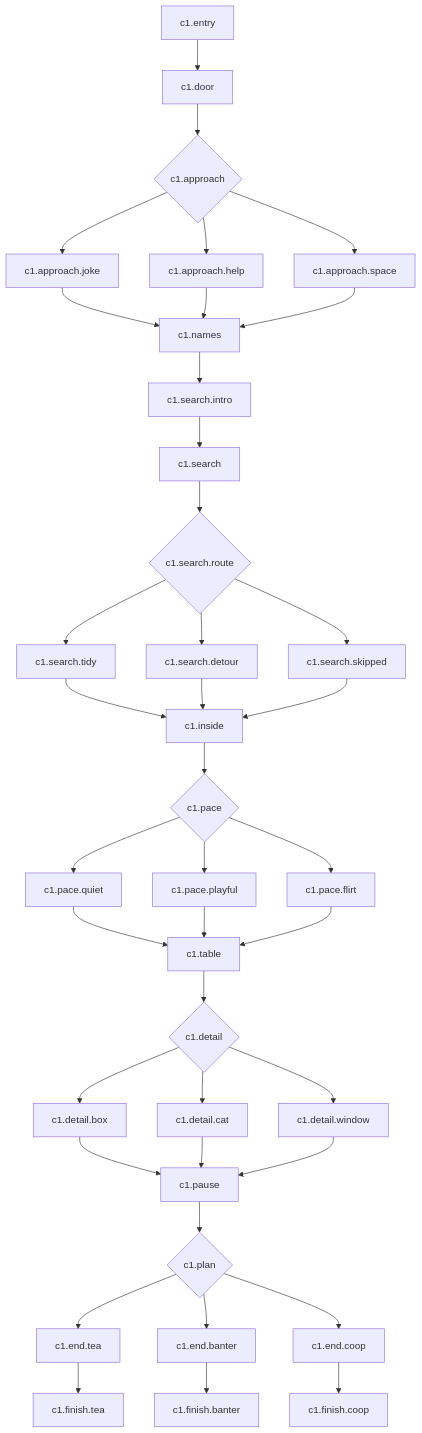
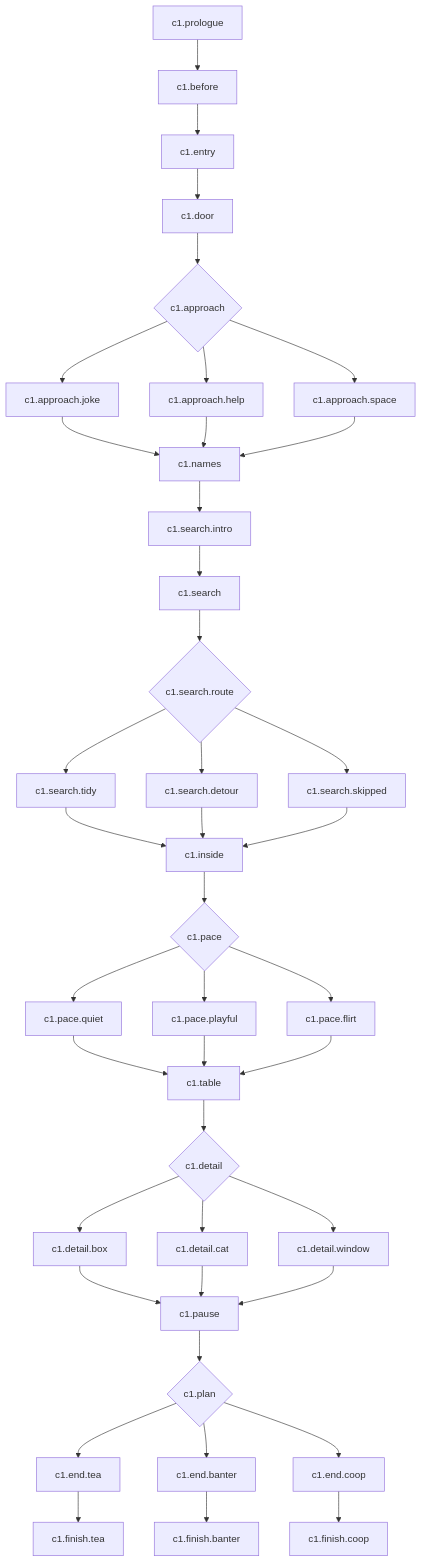
The diagram in outputs/CHAPTER_01_SCRIPT.md (vlad28x/our-little-story), drawn with Mermaid before and after one commit. The commit also changed other lines of this file and 95 other files, not shown here.

````diff
--- a/outputs/CHAPTER_01_SCRIPT.md
+++ b/outputs/CHAPTER_01_SCRIPT.md
@@ -15,41 +15,43 @@
 ```mermaid
 flowchart TD
-  A[c1.entry] --> B[c1.door]
+  PRE[c1.prologue] --> VL[c1.before]
+  VL --> A[c1.entry]
+  A --> B[c1.door]
   B --> C{c1.approach}
   C --> J[c1.approach.joke]
   C --> H[c1.approach.help]
   C --> S[c1.approach.space]
   J --> N[c1.names]
   H --> N
   S --> N
   N --> T[c1.search.intro]
   T --> M[c1.search]
   M --> R{c1.search.route}
   R --> RT[c1.search.tidy]
   R --> RD[c1.search.detour]
   R --> RS[c1.search.skipped]
   RT --> I[c1.inside]
   RD --> I
   RS --> I
   I --> P{c1.pace}
   P --> Q[c1.pace.quiet]
   P --> K[c1.pace.playful]
   P --> F[c1.pace.flirt]
   Q --> D[c1.table]
   K --> D
   F --> D
   D --> L{c1.detail}
   L --> LB[c1.detail.box]
   L --> LC[c1.detail.cat]
   L --> LW[c1.detail.window]
   LB --> V[c1.pause]
   LC --> V
   LW --> V
   V --> X{c1.plan}
   X --> TE[c1.end.tea]
   X --> BA[c1.end.banter]
   X --> CO[c1.end.coop]
   TE --> E1[c1.finish.tea]
   BA --> E2[c1.finish.banter]
   CO --> E3[c1.finish.coop]
 ```
````
